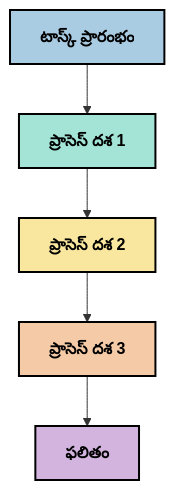
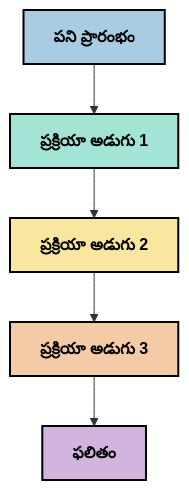
The third of 6 diagrams in mcp_ecosystem__model_context_protocol/mcp_learning_resources/mcp-for-beginners/translations/te/05-AdvancedTopics/mcp-contextengineering/README.md (HIDORAKAI002/ai-workspace-archive), drawn with Mermaid before and after one commit. The commit also changed other lines of this file and 1046 other files, not shown here.

````diff
--- a/mcp_ecosystem__model_context_protocol/mcp_learning_resources/mcp-for-beginners/translations/te/05-AdvancedTopics/mcp-contextengineering/README.md
+++ b/mcp_ecosystem__model_context_protocol/mcp_learning_resources/mcp-for-beginners/translations/te/05-AdvancedTopics/mcp-contextengineering/README.md
@@ -161,13 +165,13 @@
 ```mermaid
 graph TD
-    A[టాస్క్ ప్రారంభం] --> B[ప్రాసెస్ దశ 1]
-    B --> C[ప్రాసెస్ దశ 2]
-    C --> D[ప్రాసెస్ దశ 3]
+    A[పని ప్రారంభం] --> B[ప్రక్రియా అడుగు 1]
+    B --> C[ప్రక్రియా అడుగు 2]
+    C --> D[ప్రక్రియా అడుగు 3]
     D --> E[ఫలితం]
     
     style A fill:#A9CCE3,stroke:#000000,stroke-width:2px,color:#000000,font-weight:bold
     style B fill:#A3E4D7,stroke:#000000,stroke-width:2px,color:#000000,font-weight:bold
     style C fill:#F9E79F,stroke:#000000,stroke-width:2px,color:#000000,font-weight:bold
     style D fill:#F5CBA7,stroke:#000000,stroke-width:2px,color:#000000,font-weight:bold
     style E fill:#D2B4DE,stroke:#000000,stroke-width:2px,color:#000000,font-weight:bold
 ```
````
